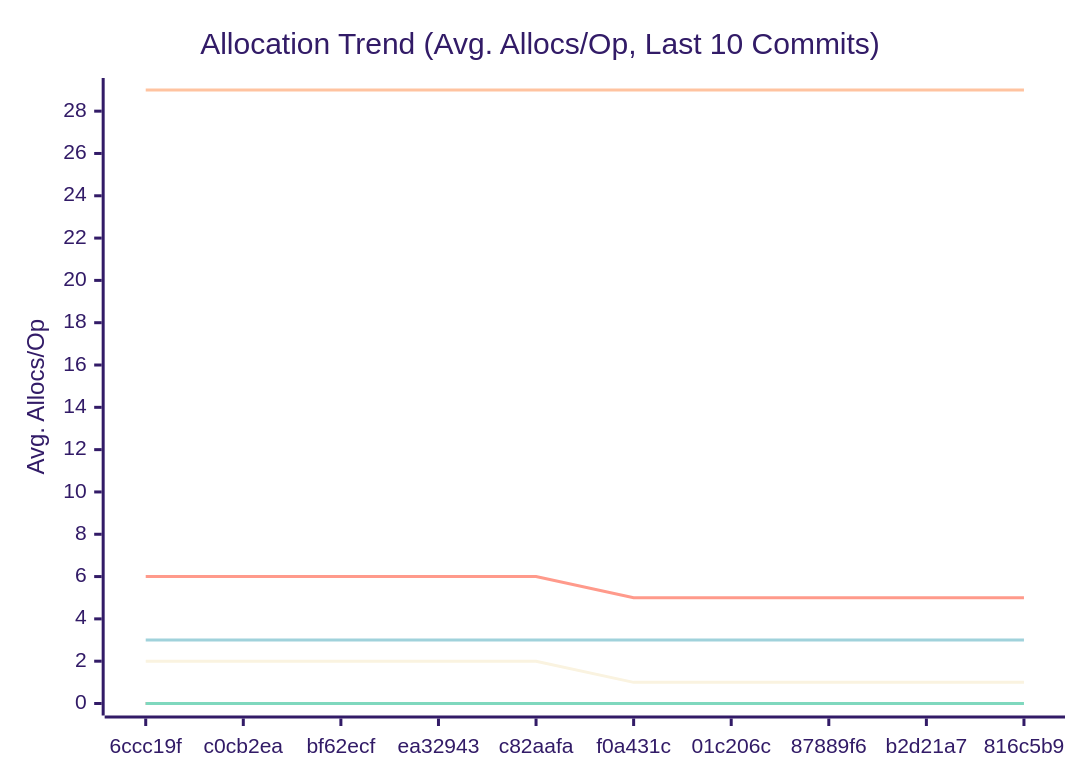
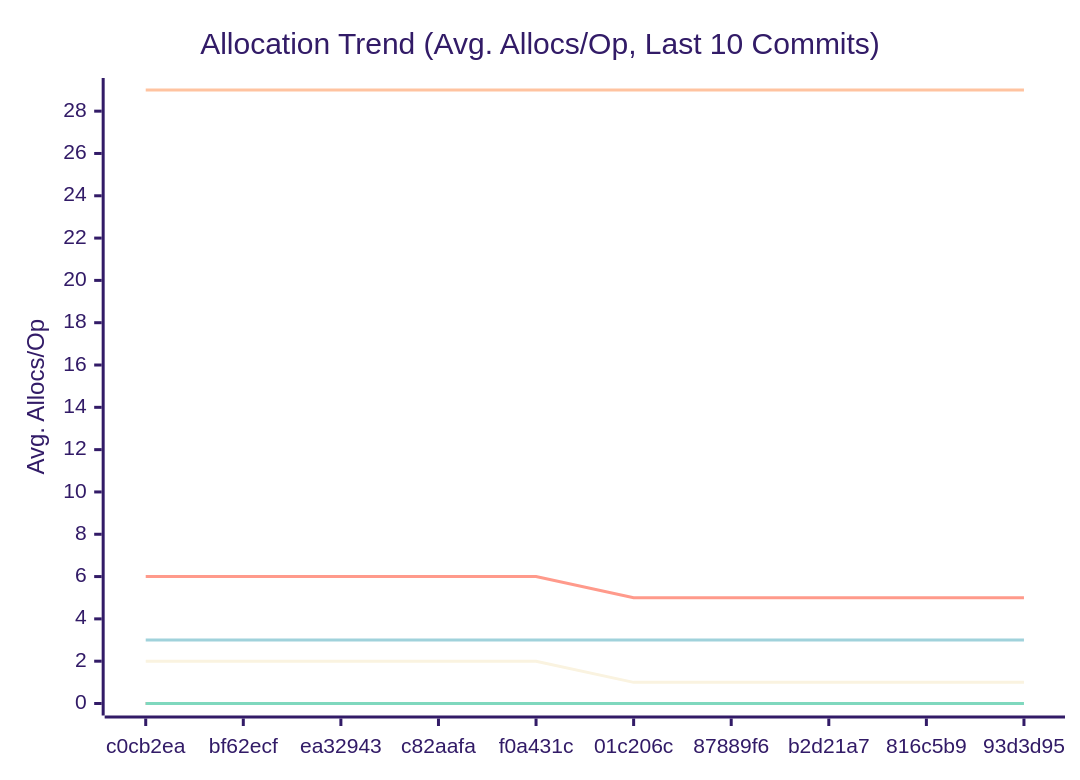
Before and after one commit to alsotoes/momo: the third of 3 diagrams in docs/PERFORMANCE.md, drawn with Mermaid (forest theme). The commit also changed other lines of this file and 1 other file, not shown here.

````diff
--- a/docs/PERFORMANCE.md
+++ b/docs/PERFORMANCE.md
@@ -114,16 +114,16 @@
 ```mermaid
 xychart-beta
     title "Allocation Trend (Avg. Allocs/Op, Last 10 Commits)"
     x-axis "Commit"
     y-axis "Avg. Allocs/Op"
-    x-axis [6ccc19f,c0cb2ea,bf62ecf,ea32943,c82aafa,f0a431c,01c206c,87889f6,b2d21a7,816c5b9]
+    x-axis [c0cb2ea,bf62ecf,ea32943,c82aafa,f0a431c,01c206c,87889f6,b2d21a7,816c5b9,93d3d95]
     line "CheckMetricsAndSwap" [0,0,0,0,0,0,0,0,0,0]
     line "CrushOptimized" [0,0,0,0,0,0,0,0,0,0]
     line "CrushOriginal" [3,3,3,3,3,3,3,3,3,3]
     line "IndexDirectTracking" [0,0,0,0,0,0,0,0,0,0]
     line "IndexSearch" [0,0,0,0,0,0,0,0,0,0]
     line "LoadGlobalConfig" [29,29,29,29,29,29,29,29,29,29]
     line "PadString" [0,0,0,0,0,0,0,0,0,0]
     line "ParseReplicationOrder_NoPrealloc" [6,6,6,6,6,5,5,5,5,5]
     line "ParseReplicationOrder_Prealloc" [2,2,2,2,2,1,1,1,1,1]
 ```
````
